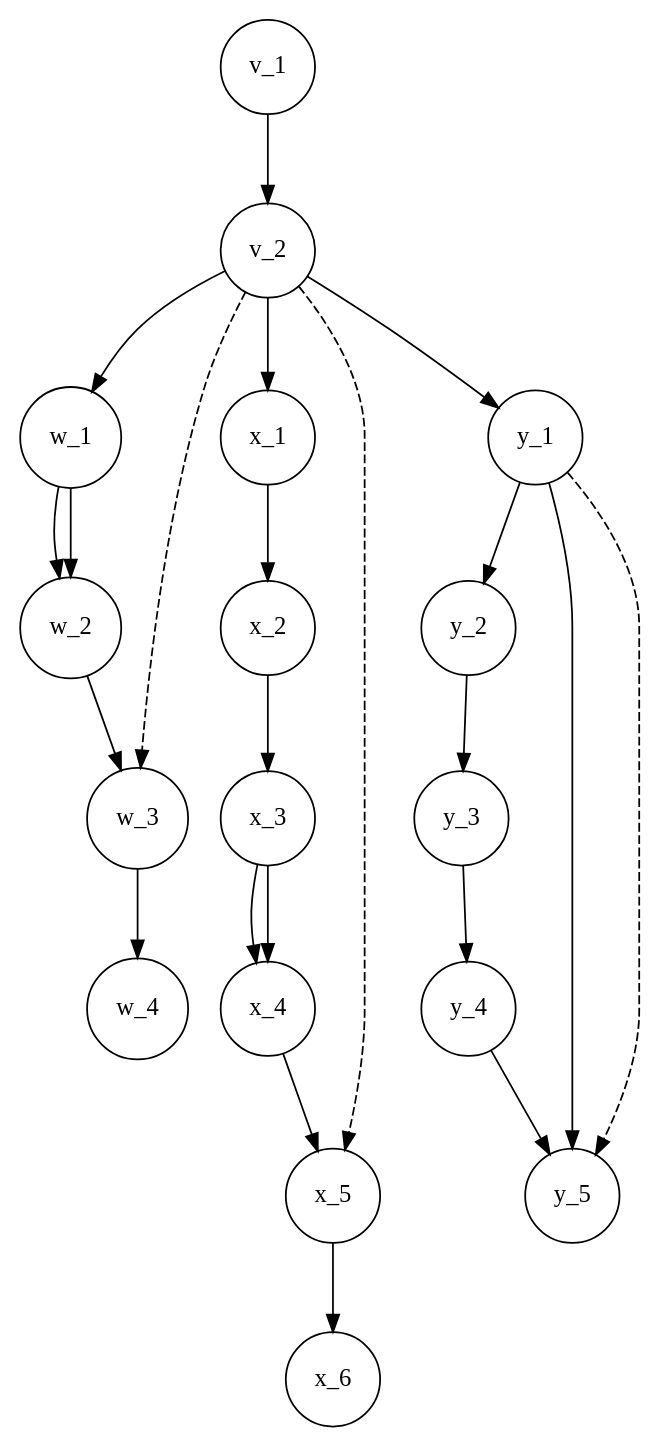
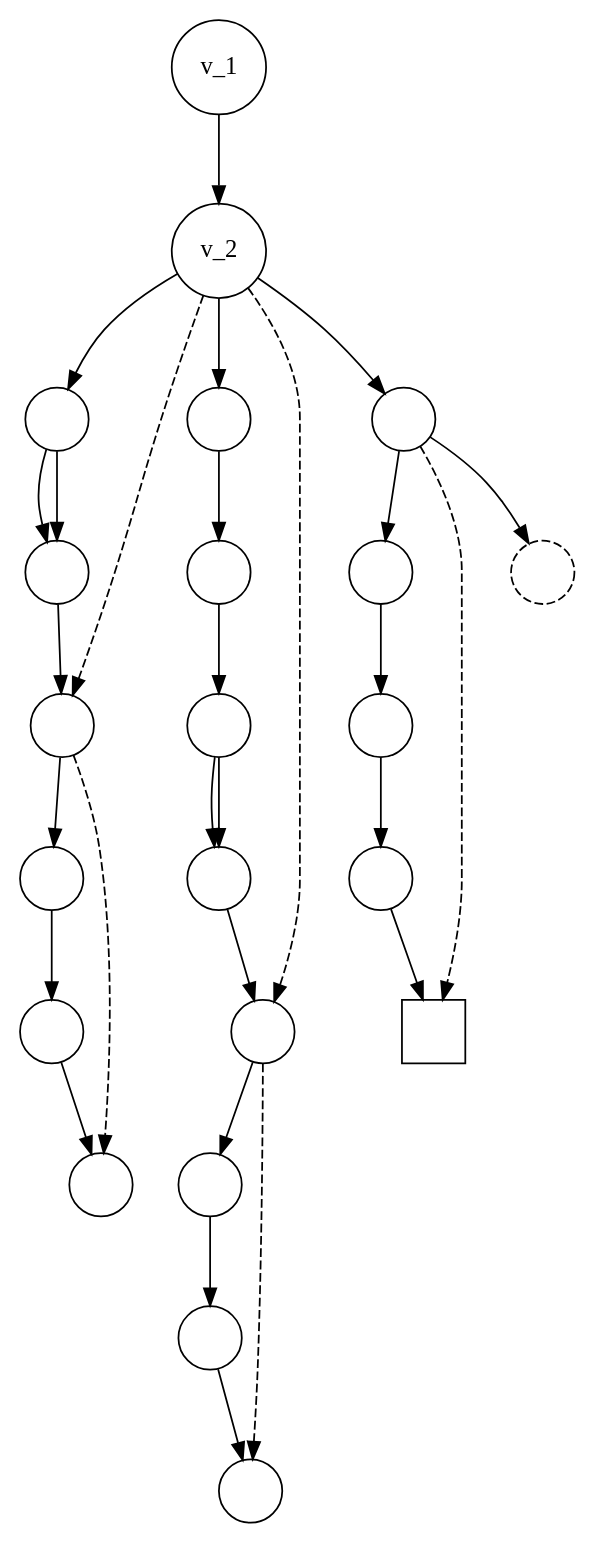
Before and after one commit to Hywan/PhdThesis: the diagram in PhdThesis/Source/Figure/IRC.dot, drawn with Graphviz. The commit also changed 3 other files, not shown here.

```diff
--- a/PhdThesis/Source/Figure/IRC.dot
+++ b/PhdThesis/Source/Figure/IRC.dot
@@ -1,46 +1,68 @@
 digraph {
     graph [rankdir=TB];
-    node [shape=circle, width=0.5];
+    node [shape=circle, width=0.5, style="state"];
 
     v_1 -> v_2 [label=" ", texlbl="$\quad\quad\code{class('\bslash Irc\bslash Server')}$"];
 
     subgraph {
         v_2 -> w_1 [label=" ", texlbl="$\varepsilon$"];
         w_1 -> w_2 [label=" ", texlbl="$\quad\code{/\^\empty privmessage .+/}\quad$"];
         w_1 -> w_2 [label=" ", texlbl="$\quad\code{/\^\empty message .+/}\quad$"];
         w_2 -> w_3 [label=" ", texlbl="$\varepsilon$"];
-        w_3 -> w_4 [label=" ", texlbl="$\code{1..}\quad$"];
+        w_3 -> w_4 [label=" ", texlbl="$\varepsilon$"];
+        w_4 -> w_5 [label=" ", texlbl="$\code{1..}$"];
+        w_5 -> w_6 [label=" ", texlbl="$\varepsilon$"];
         v_2 -> w_3 [style="dashed"];
+        w_3 -> w_6 [style="dashed"];
     }
 
     subgraph {
         v_2 -> x_1 [label=" ", texlbl="$\varepsilon$"];
         x_1 -> x_2 [label=" ", texlbl="$\quad\code{/\^\empty ping\$/}$"];
         x_2 -> x_3 [label=" ", texlbl="$\varepsilon$"];
         x_3 -> x_4 [label=" ", texlbl="$\quad\code{\$server->buf... >= 0}$"];
         x_3 -> x_4 [label=" ", texlbl="$\quad\code{network...() > 0}$"];
         x_4 -> x_5 [label=" ", texlbl="$\varepsilon$"];
-        x_5 -> x_6 [label=" ", texlbl="$\code{1..}$"];
+        x_5 -> x_6 [label=" ", texlbl="$\varepsilon$"];
+        x_6 -> x_7 [label=" ", texlbl="$\code{1..}$"];
+        x_7 -> x_8 [label=" ", texlbl="$\varepsilon$"];
         v_2 -> x_5 [style="dashed"];
+        x_5 -> x_8 [style="dashed"];
     }
 
     subgraph {
         v_2 -> y_1 [label=" ", texlbl="$\top$"];
-        y_1 -> y_2 [label=" ", texlbl="$\quad\quad\code{\bslash Irc\bslash Excep...  e}$"];
+        y_1 -> y_2 [label=" ", texlbl="$\quad\quad\code{\bslash Irc\bslash Excep...  e}\quad$"];
         y_2 -> y_3 [label=" ", texlbl="$\varepsilon$"];
         y_3 -> y_4 [label=" ", texlbl="$\quad\code{400..491}$"];
         y_4 -> y_5 [label=" ", texlbl="$\varepsilon$"];
-        y_1 -> y_5 [label=" ", texlbl="$\quad\neg \code{\bslash Irc... e}$"];
+        y_1 -> y_6 [label=" ", texlbl="$\quad\neg \code{\bslash Irc\bslash Excep... e}$"];
         y_1 -> y_5 [style="dashed"];
     }
 
-    /*
-    v_1      [style="state,initial"];
-    v_2      [style="state,accepting"];
-    v_4      [style="state,accepting"];
-    v_6      [style="state,accepting"];
+    v_1 [style="state,initial"]
+    v_2 [style="state,accepting"];
 
-    v_4 v_9  [style="state,accepting"];
-    v_10     [style="state,accepting", shape=rect, texlbl="$v_{10}$"];
-    */
+    w_1 [label=" ", texlbl="$v_3$"];
+    w_2 [label=" ", texlbl="$v_4$"];
+    w_3 [label=" ", texlbl="$v_5$"];
+    w_4 [label=" ", texlbl="$v_6$"];
+    w_5 [label=" ", texlbl="$v_7$"];
+    w_6 [label=" ", texlbl="$v_8$", style="state,accepting"];
+
+    x_1 [label=" ", texlbl="$v_9$"];
+    x_2 [label=" ", texlbl="$v_{10}$"];
+    x_3 [label=" ", texlbl="$v_{11}$"];
+    x_4 [label=" ", texlbl="$v_{12}$"];
+    x_5 [label=" ", texlbl="$v_{13}$"];
+    x_6 [label=" ", texlbl="$v_{14}$"];
+    x_7 [label=" ", texlbl="$v_{15}$"];
+    x_8 [label=" ", texlbl="$v_{16}$", style="state,accepting"];
+
+    y_1 [label=" ", texlbl="$v_{17}$"];
+    y_2 [label=" ", texlbl="$v_{18}$"];
+    y_3 [label=" ", texlbl="$v_{19}$"];
+    y_4 [label=" ", texlbl="$v_{20}$"];
+    y_5 [label=" ", texlbl="$v_{21}$", style="state,accepting", shape=rect];
+    y_6 [label=" ", texlbl="$v_{22}$", style="dashed"];
 }
```
